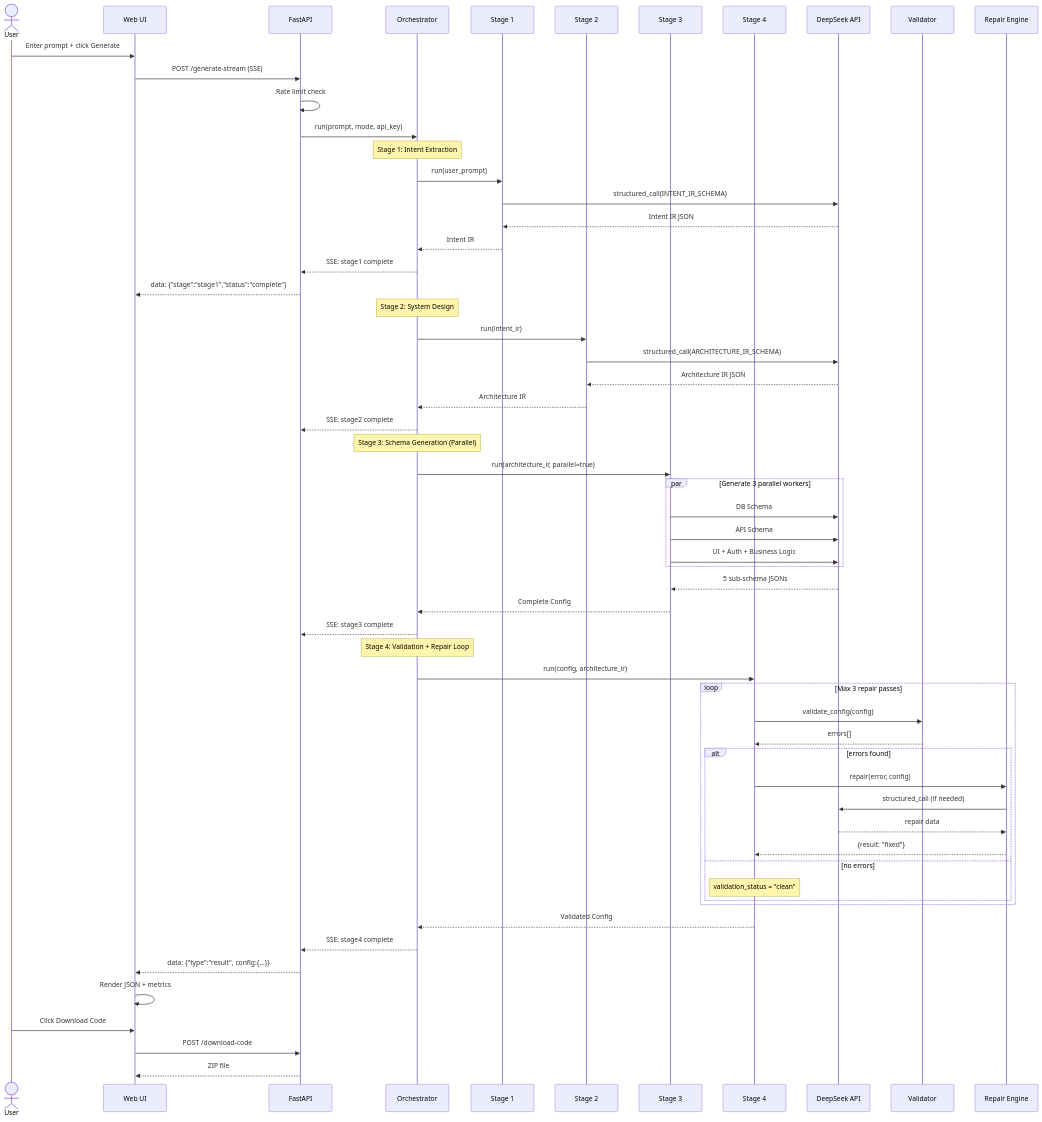
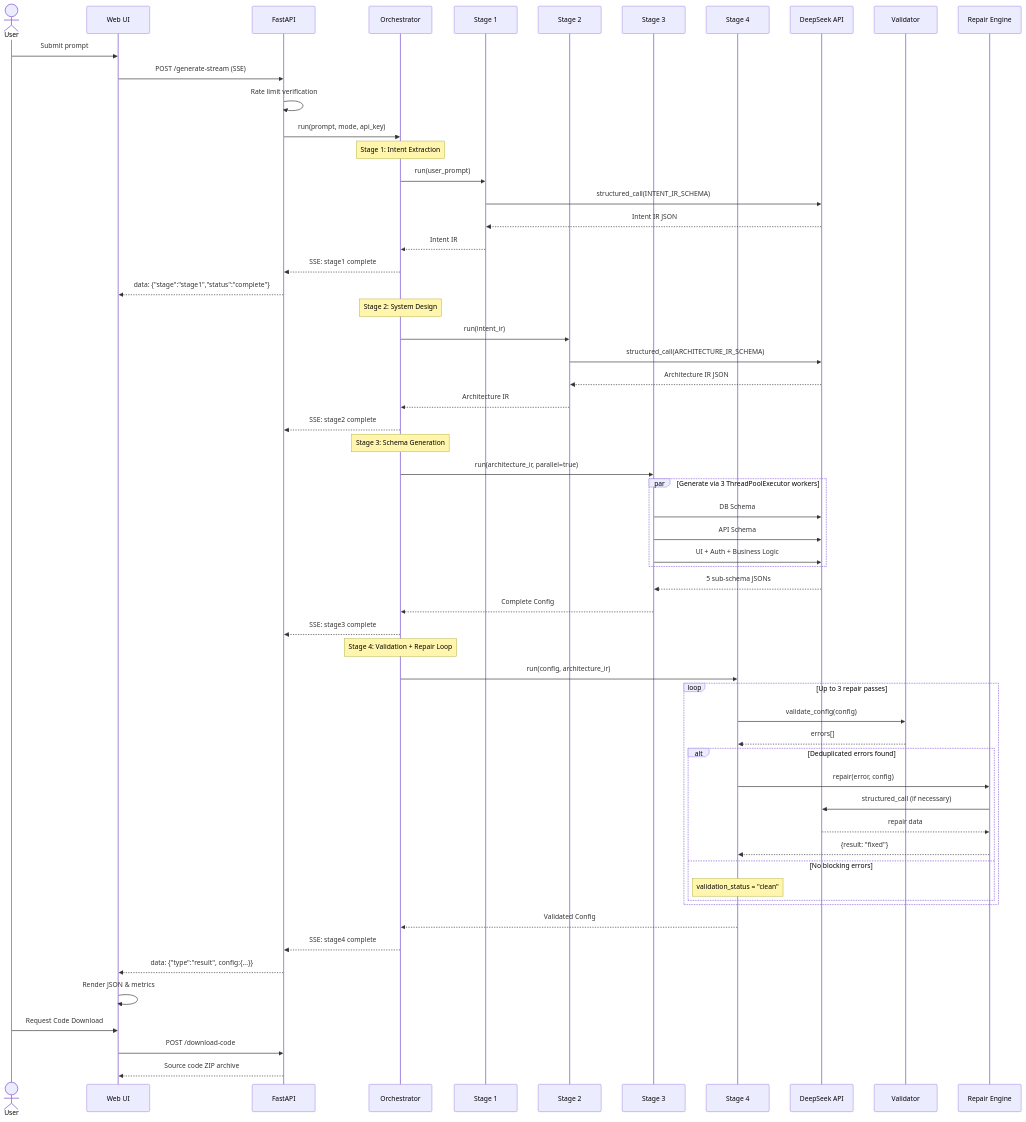
Before and after one commit to notsooamit/app-compiler: the fourth of 19 diagrams in SOFTWARE_ARCHITECTURE.md, drawn with Mermaid. The commit also changed other lines of this file and 2 other files, not shown here.

Commit message:
Fix Render health check: root route now accepts HEAD requests

````diff
--- a/SOFTWARE_ARCHITECTURE.md
+++ b/SOFTWARE_ARCHITECTURE.md
@@ -245,68 +224,68 @@
 ```mermaid
 sequenceDiagram
     actor User
     participant UI as Web UI
     participant API as FastAPI
     participant Orch as Orchestrator
     participant S1 as Stage 1
     participant S2 as Stage 2
     participant S3 as Stage 3
     participant S4 as Stage 4
     participant LLM as DeepSeek API
     participant Val as Validator
     participant Rep as Repair Engine
 
-    User->>UI: Enter prompt + click Generate
+    User->>UI: Submit prompt
     UI->>API: POST /generate-stream (SSE)
-    API->>API: Rate limit check
+    API->>API: Rate limit verification
     API->>Orch: run(prompt, mode, api_key)
     
     Note over Orch: Stage 1: Intent Extraction
     Orch->>S1: run(user_prompt)
     S1->>LLM: structured_call(INTENT_IR_SCHEMA)
     LLM-->>S1: Intent IR JSON
     S1-->>Orch: Intent IR
     Orch-->>API: SSE: stage1 complete
     API-->>UI: data: {"stage":"stage1","status":"complete"}
     
     Note over Orch: Stage 2: System Design
     Orch->>S2: run(intent_ir)
     S2->>LLM: structured_call(ARCHITECTURE_IR_SCHEMA)
     LLM-->>S2: Architecture IR JSON
     S2-->>Orch: Architecture IR
     Orch-->>API: SSE: stage2 complete
     
-    Note over Orch: Stage 3: Schema Generation (Parallel)
+    Note over Orch: Stage 3: Schema Generation
     Orch->>S3: run(architecture_ir, parallel=true)
-    par Generate 3 parallel workers
+    par Generate via 3 ThreadPoolExecutor workers
         S3->>LLM: DB Schema
         S3->>LLM: API Schema
         S3->>LLM: UI + Auth + Business Logic
     end
     LLM-->>S3: 5 sub-schema JSONs
     S3-->>Orch: Complete Config
     Orch-->>API: SSE: stage3 complete
     
     Note over Orch: Stage 4: Validation + Repair Loop
     Orch->>S4: run(config, architecture_ir)
-    loop Max 3 repair passes
+    loop Up to 3 repair passes
         S4->>Val: validate_config(config)
         Val-->>S4: errors[]
-        alt errors found
+        alt Deduplicated errors found
             S4->>Rep: repair(error, config)
-            Rep->>LLM: structured_call (if needed)
+            Rep->>LLM: structured_call (if necessary)
             LLM-->>Rep: repair data
             Rep-->>S4: {result: "fixed"}
-        else no errors
+        else No blocking errors
             Note over S4: validation_status = "clean"
         end
     end
     S4-->>Orch: Validated Config
     Orch-->>API: SSE: stage4 complete
     
     API-->>UI: data: {"type":"result", config:{...}}
-    UI->>UI: Render JSON + metrics
-    User->>UI: Click Download Code
+    UI->>UI: Render JSON & metrics
+    User->>UI: Request Code Download
     UI->>API: POST /download-code
-    API-->>UI: ZIP file
+    API-->>UI: Source code ZIP archive
 ```
````
